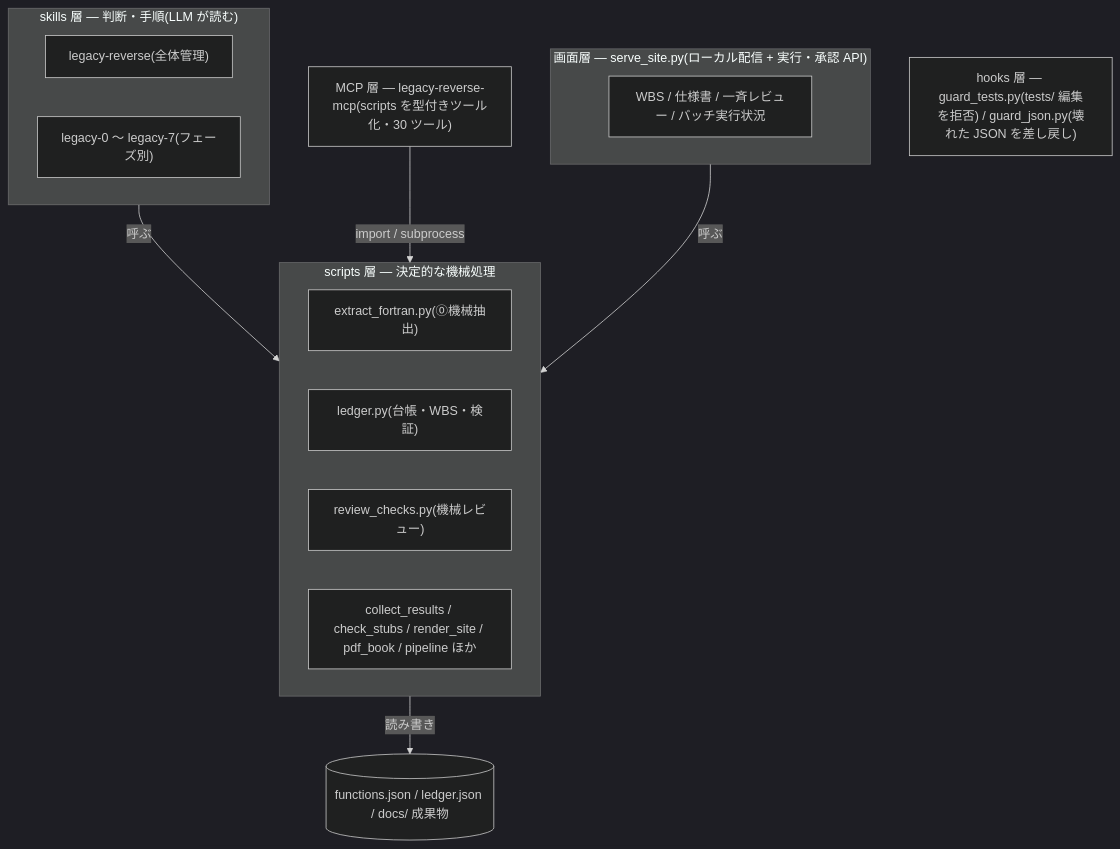
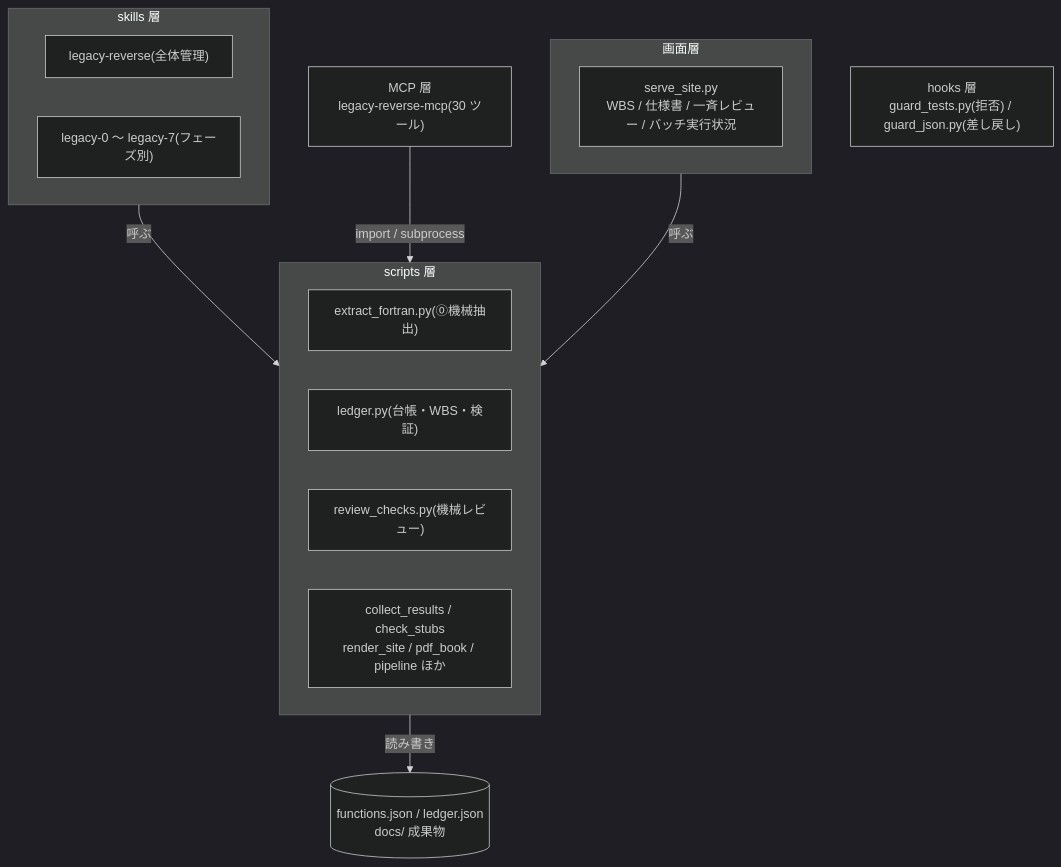
One commit to ctenopoma/skills changed the second of 3 diagrams in docs/legacy-reverse/index.qmd. Above: the diagram before and after it, drawn with Mermaid (dark theme). The commit also changed other lines of this file and 24 other files, not shown here.

First line of the commit message:
docs: 設計・仕様書を合本1冊に。図表・コードに自動採番＋タイトルを付与

````diff
--- a/docs/legacy-reverse/index.qmd
+++ b/docs/legacy-reverse/index.qmd
@@ -57,22 +61,25 @@
 ```{mermaid}
+%%| label: fig-index-layers
+%%| fig-cap: "skills / scripts / MCP / hooks / 画面の呼び出し関係"
+
 flowchart TB
-  subgraph L1["skills 層 — 判断・手順(LLM が読む)"]
+  subgraph L1["skills 層"]
     P["legacy-reverse(全体管理)"]
     S["legacy-0 〜 legacy-7(フェーズ別)"]
   end
-  subgraph L2["scripts 層 — 決定的な機械処理"]
+  subgraph L2["scripts 層"]
     EX["extract_fortran.py(⓪機械抽出)"]
     LG["ledger.py(台帳・WBS・検証)"]
     RV["review_checks.py(機械レビュー)"]
-    OT["collect_results / check_stubs / render_site / pdf_book / pipeline ほか"]
+    OT["collect_results / check_stubs<br/>render_site / pdf_book / pipeline ほか"]
   end
-  subgraph L5["画面層 — serve_site.py(ローカル配信 + 実行・承認 API)"]
-    UI["WBS / 仕様書 / 一斉レビュー / バッチ実行状況"]
+  subgraph L5["画面層"]
+    UI["serve_site.py<br/>WBS / 仕様書 / 一斉レビュー / バッチ実行状況"]
   end
-  L3["MCP 層 — legacy-reverse-mcp(scripts を型付きツール化・30 ツール)"]
-  L4["hooks 層 — guard_tests.py(tests/ 編集を拒否) / guard_json.py(壊れた JSON を差し戻し)"]
+  L3["MCP 層<br/>legacy-reverse-mcp(30 ツール)"]
+  L4["hooks 層<br/>guard_tests.py(拒否) / guard_json.py(差し戻し)"]
   L1 -->|呼ぶ| L2
   L3 -->|import / subprocess| L2
   L5 -->|呼ぶ| L2
-  L2 -->|読み書き| D[("functions.json / ledger.json / docs/ 成果物")]
+  L2 -->|読み書き| D[("functions.json / ledger.json<br/>docs/ 成果物")]
 ```
````
